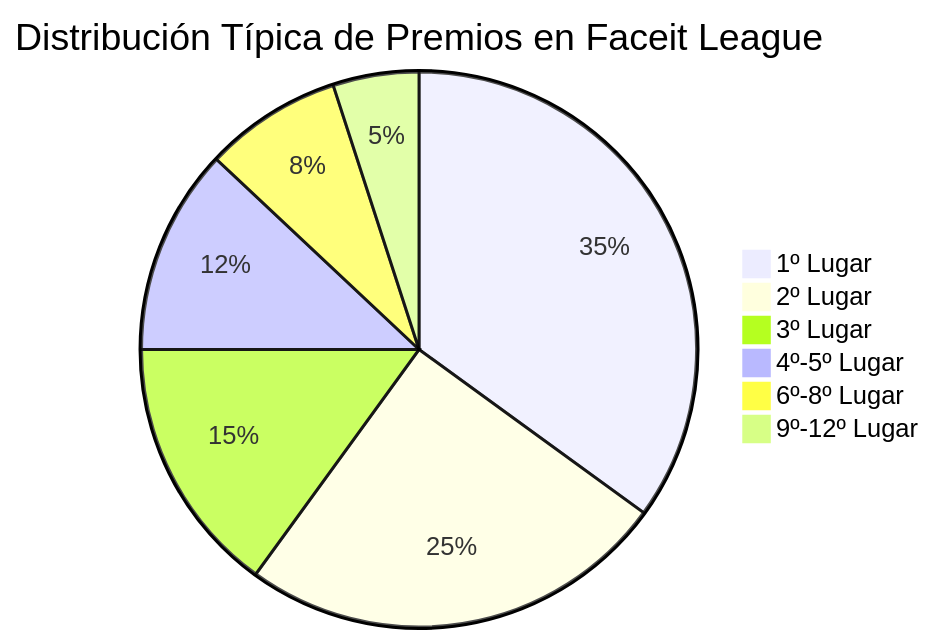
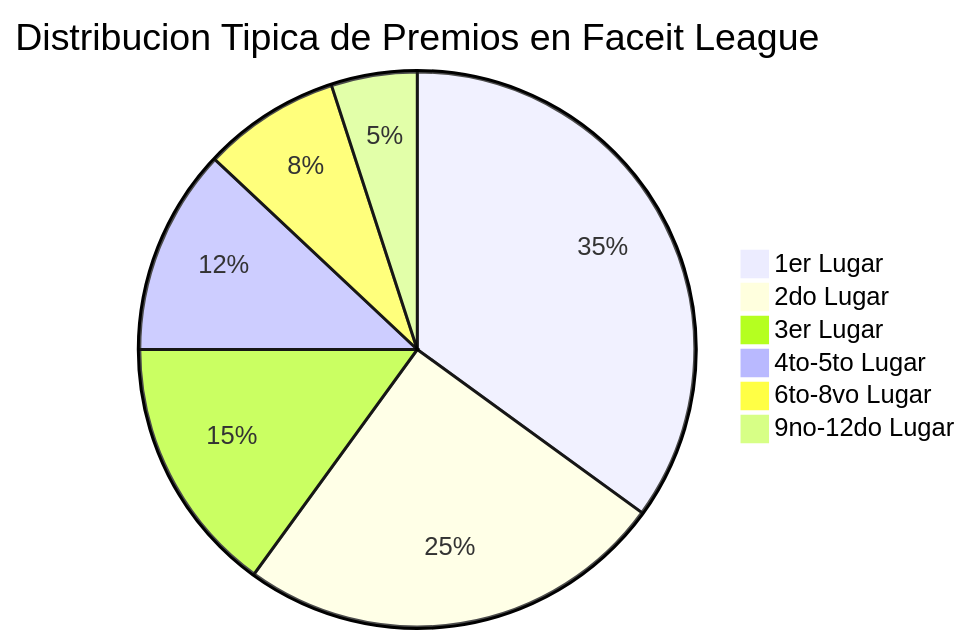
One commit to mchssj/v34frag changed the second of 2 diagrams in docs/faceit-seasons-diagram.md. Above: the diagram before and after it, drawn with Mermaid. The commit also changed other lines of this file and 1 other file, not shown here.

````diff
--- a/docs/faceit-seasons-diagram.md
+++ b/docs/faceit-seasons-diagram.md
@@ -20,10 +20,10 @@
 ```mermaid
 pie
-    title Distribución Típica de Premios en Faceit League
-    "1º Lugar" : 35
-    "2º Lugar" : 25
-    "3º Lugar" : 15
-    "4º-5º Lugar" : 12
-    "6º-8º Lugar" : 8
-    "9º-12º Lugar" : 5
+    title Distribucion Tipica de Premios en Faceit League
+    "1er Lugar" : 35
+    "2do Lugar" : 25
+    "3er Lugar" : 15
+    "4to-5to Lugar" : 12
+    "6to-8vo Lugar" : 8
+    "9no-12do Lugar" : 5
 ```
````
